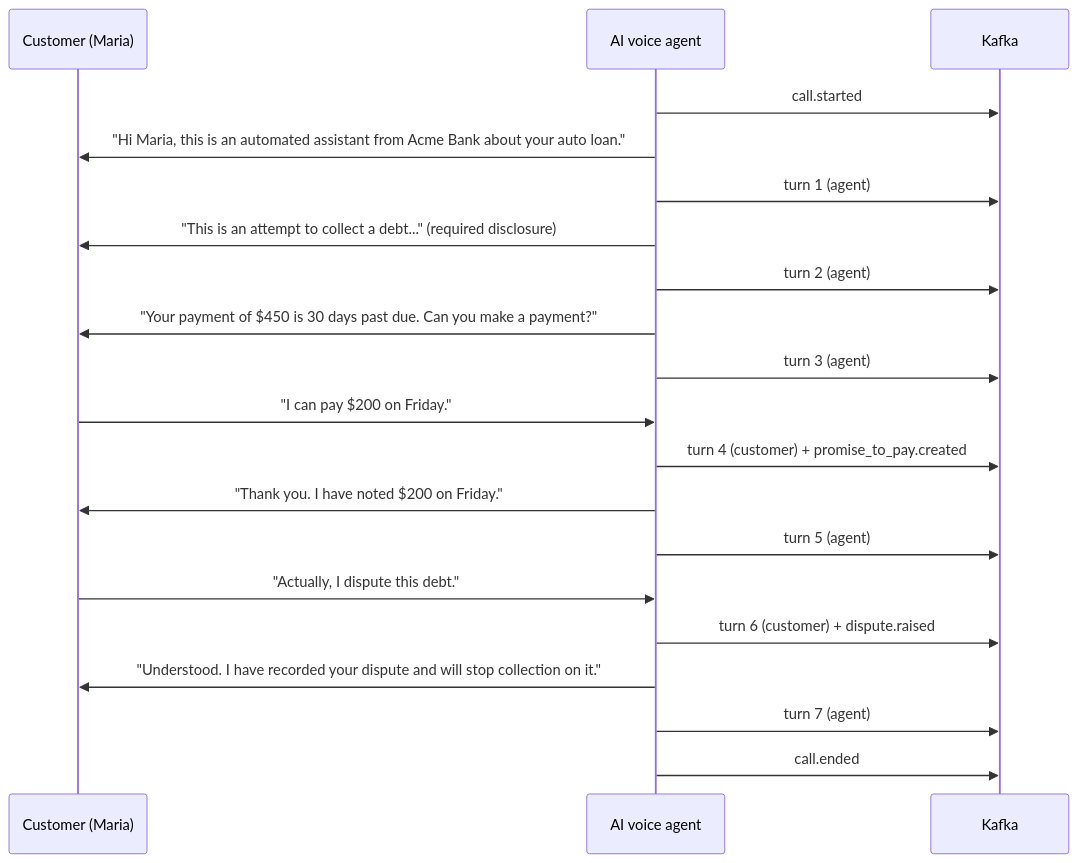
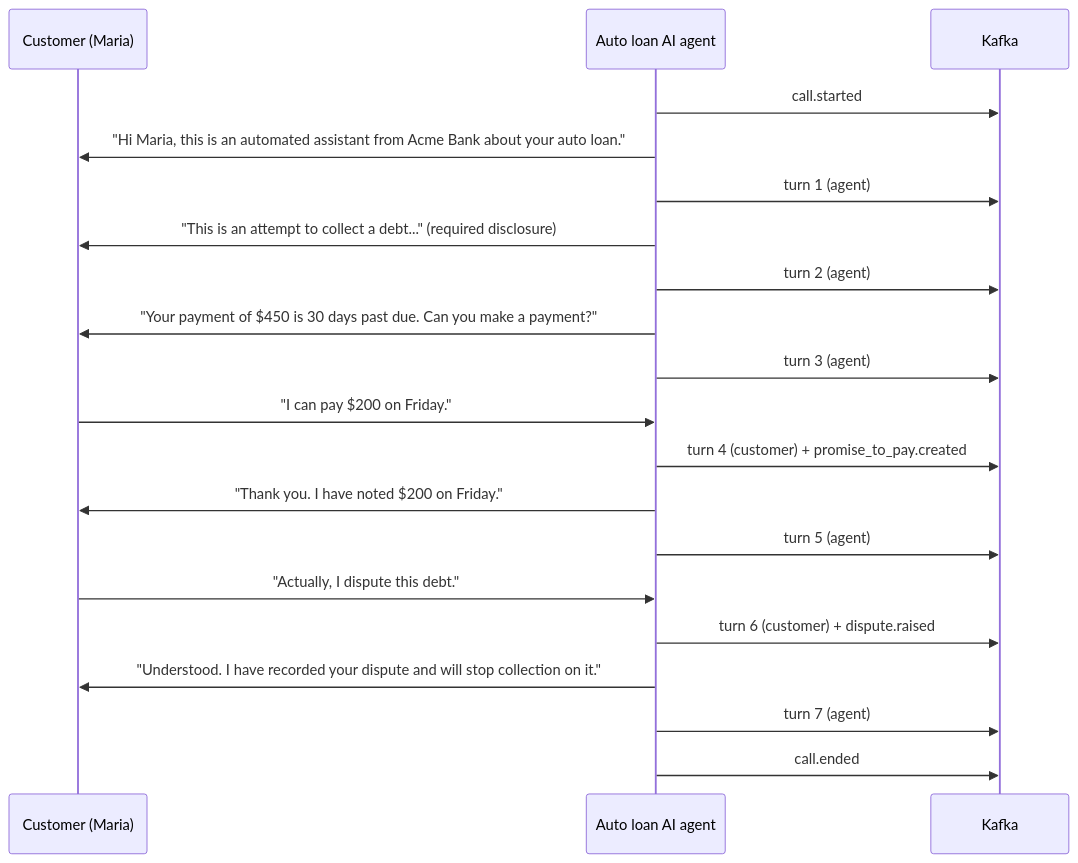
Before and after one commit to eresh-thekbr/multi-tenant-streaming: the second of 4 diagrams in README.md, drawn with Mermaid. The commit also changed other lines of this file, not shown here.

````diff
--- a/README.md
+++ b/README.md
@@ -85,22 +98,22 @@
 ```mermaid
 sequenceDiagram
     participant C as Customer (Maria)
-    participant V as AI voice agent
+    participant V as Auto loan AI agent
     participant K as Kafka
     V->>K: call.started
     V->>C: "Hi Maria, this is an automated assistant from Acme Bank about your auto loan."
     V->>K: turn 1 (agent)
     V->>C: "This is an attempt to collect a debt..." (required disclosure)
     V->>K: turn 2 (agent)
     V->>C: "Your payment of $450 is 30 days past due. Can you make a payment?"
     V->>K: turn 3 (agent)
     C->>V: "I can pay $200 on Friday."
     V->>K: turn 4 (customer) + promise_to_pay.created
     V->>C: "Thank you. I have noted $200 on Friday."
     V->>K: turn 5 (agent)
     C->>V: "Actually, I dispute this debt."
     V->>K: turn 6 (customer) + dispute.raised
     V->>C: "Understood. I have recorded your dispute and will stop collection on it."
     V->>K: turn 7 (agent)
     V->>K: call.ended
 ```
````
